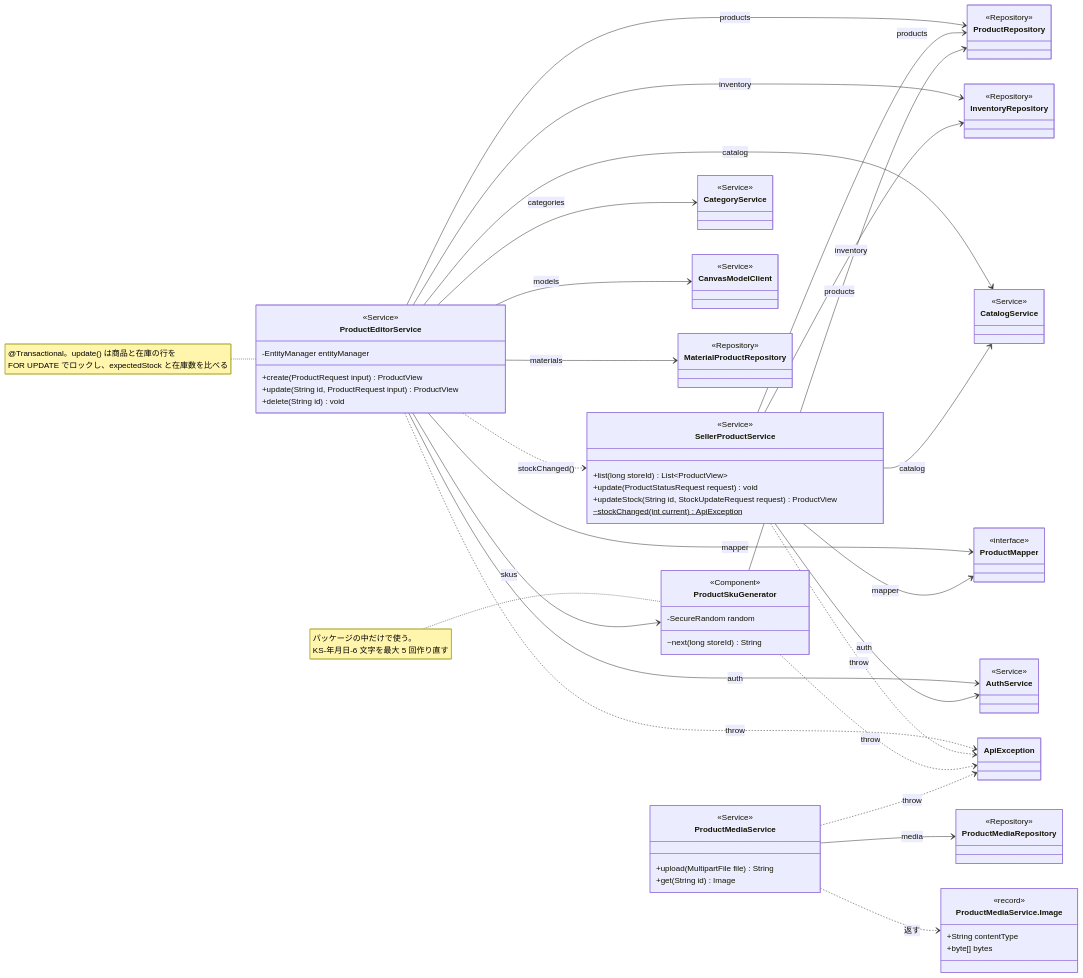
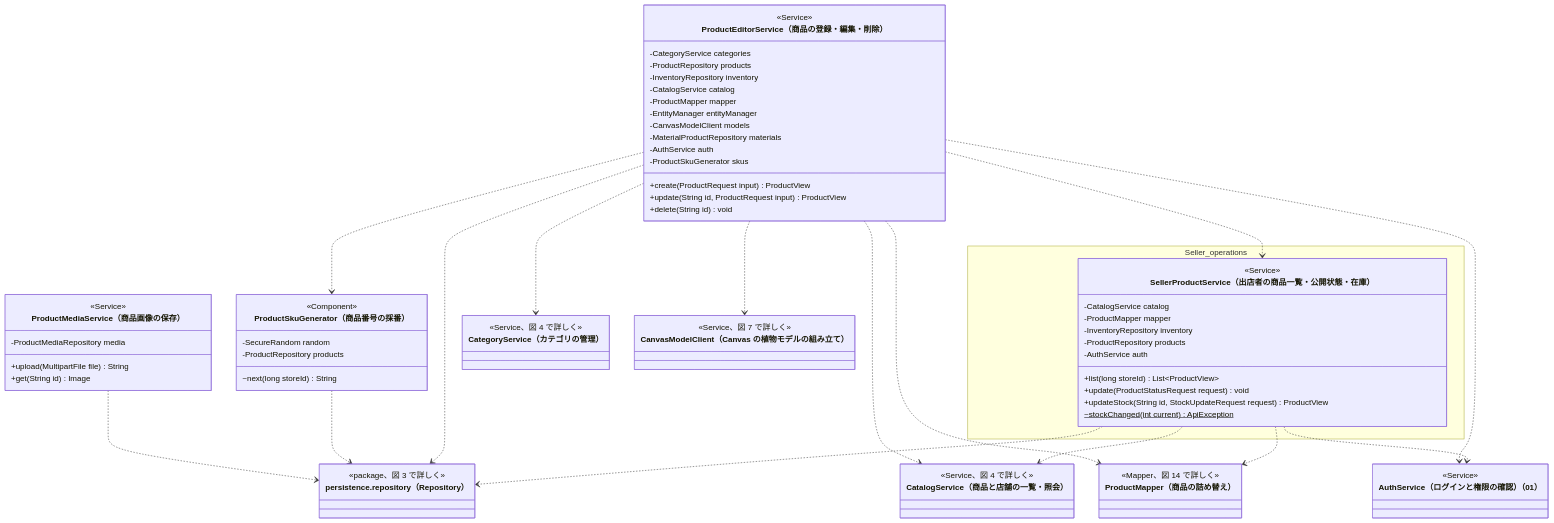
The fifth of 14 diagrams in クラス図/kusakari-ec/03_商品カタログ.md (abeouga/kusakari-document), drawn with Mermaid before and after one commit. The commit also changed other lines of this file and 87 other files, not shown here.

Commit message:
EC のクラス図に全体図を足し、詳細図をデータとモジュールの図に分けて書き直す

````diff
--- a/クラス図/kusakari-ec/03_商品カタログ.md
+++ b/クラス図/kusakari-ec/03_商品カタログ.md
@@ -403,87 +429,78 @@
 ```mermaid
 classDiagram
-  direction LR
-  class ProductEditorService {
-    <<Service>>
-    -EntityManager entityManager
-    +create(ProductRequest input) ProductView
-    +update(String id, ProductRequest input) ProductView
-    +delete(String id) void
-  }
-  class SellerProductService {
-    <<Service>>
-    +list(long storeId) List~ProductView~
-    +update(ProductStatusRequest request) void
-    +updateStock(String id, StockUpdateRequest request) ProductView
-    ~stockChanged(int current)$ ApiException
-  }
-  class ProductSkuGenerator {
-    <<Component>>
-    -SecureRandom random
-    ~next(long storeId) String
-  }
-  class ProductMediaService {
-    <<Service>>
-    +upload(MultipartFile file) String
-    +get(String id) Image
-  }
-  class Image["ProductMediaService.Image"] {
-    <<record>>
-    +String contentType
-    +byte[] bytes
-  }
-  class CatalogService {
-    <<Service>>
-  }
-  class CategoryService {
-    <<Service>>
-  }
-  class CanvasModelClient {
-    <<Service>>
-  }
-  class ProductMapper {
-    <<interface>>
-  }
-  class ProductRepository {
-    <<Repository>>
-  }
-  class InventoryRepository {
-    <<Repository>>
-  }
-  class MaterialProductRepository {
-    <<Repository>>
-  }
-  class ProductMediaRepository {
-    <<Repository>>
-  }
-  class AuthService {
-    <<Service>>
-  }
-  class ApiException
-
-  ProductEditorService --> CategoryService : categories
-  ProductEditorService --> ProductRepository : products
-  ProductEditorService --> InventoryRepository : inventory
-  ProductEditorService --> CatalogService : catalog
-  ProductEditorService --> ProductMapper : mapper
-  ProductEditorService --> CanvasModelClient : models
-  ProductEditorService --> MaterialProductRepository : materials
-  ProductEditorService --> AuthService : auth
-  ProductEditorService --> ProductSkuGenerator : skus
-  ProductEditorService ..> SellerProductService : stockChanged()
-  SellerProductService --> CatalogService : catalog
-  SellerProductService --> ProductMapper : mapper
-  SellerProductService --> InventoryRepository : inventory
-  SellerProductService --> ProductRepository : products
-  SellerProductService --> AuthService : auth
-  ProductSkuGenerator --> ProductRepository : products
-  ProductMediaService --> ProductMediaRepository : media
-  ProductMediaService ..> Image : 返す
-  ProductEditorService ..> ApiException : throw
-  SellerProductService ..> ApiException : throw
-  ProductSkuGenerator ..> ApiException : throw
-  ProductMediaService ..> ApiException : throw
-
-  note for ProductEditorService "@Transactional。update() は商品と在庫の行を<br/>FOR UPDATE でロックし、expectedStock と在庫数を比べる"
-  note for ProductSkuGenerator "パッケージの中だけで使う。<br/>KS-年月日-6 文字を最大 5 回作り直す"
+    direction TB
+    class ProductEditorService["ProductEditorService（商品の登録・編集・削除）"] {
+        <<Service>>
+        -CategoryService categories
+        -ProductRepository products
+        -InventoryRepository inventory
+        -CatalogService catalog
+        -ProductMapper mapper
+        -EntityManager entityManager
+        -CanvasModelClient models
+        -MaterialProductRepository materials
+        -AuthService auth
+        -ProductSkuGenerator skus
+        +create(ProductRequest input) ProductView
+        +update(String id, ProductRequest input) ProductView
+        +delete(String id) void
+    }
+    class ProductSkuGenerator["ProductSkuGenerator（商品番号の採番）"] {
+        <<Component>>
+        -SecureRandom random
+        -ProductRepository products
+        ~next(long storeId) String
+    }
+    class ProductMediaService["ProductMediaService（商品画像の保存）"] {
+        <<Service>>
+        -ProductMediaRepository media
+        +upload(MultipartFile file) String
+        +get(String id) Image
+    }
+    class CategoryService["CategoryService（カテゴリの管理）"] {
+        <<Service、図 4 で詳しく>>
+    }
+    class CanvasModelClient["CanvasModelClient（Canvas の植物モデルの組み立て）"] {
+        <<Service、図 7 で詳しく>>
+    }
+    class CatalogService["CatalogService（商品と店舗の一覧・照会）"] {
+        <<Service、図 4 で詳しく>>
+    }
+    class ProductMapper["ProductMapper（商品の詰め替え）"] {
+        <<Mapper、図 14 で詳しく>>
+    }
+    class AuthService["AuthService（ログインと権限の確認）（01）"] {
+        <<Service>>
+    }
+    class repository_pkg["persistence.repository（Repository）"] {
+        <<package、図 3 で詳しく>>
+    }
+    namespace Seller_operations {
+        class SellerProductService["SellerProductService（出店者の商品一覧・公開状態・在庫）"] {
+            <<Service>>
+            -CatalogService catalog
+            -ProductMapper mapper
+            -InventoryRepository inventory
+            -ProductRepository products
+            -AuthService auth
+            +list(long storeId) List~ProductView~
+            +update(ProductStatusRequest request) void
+            +updateStock(String id, StockUpdateRequest request) ProductView
+            ~stockChanged(int current)$ ApiException
+        }
+    }
+    SellerProductService ..> CatalogService
+    SellerProductService ..> ProductMapper
+    SellerProductService ..> AuthService
+    SellerProductService ..> repository_pkg
+    ProductEditorService ..> CategoryService
+    ProductEditorService ..> CanvasModelClient
+    ProductEditorService ..> ProductSkuGenerator
+    ProductEditorService ..> SellerProductService
+    ProductEditorService ..> CatalogService
+    ProductEditorService ..> ProductMapper
+    ProductEditorService ..> AuthService
+    ProductEditorService ..> repository_pkg
+    ProductSkuGenerator ..> repository_pkg
+    ProductMediaService ..> repository_pkg
 ```
````
